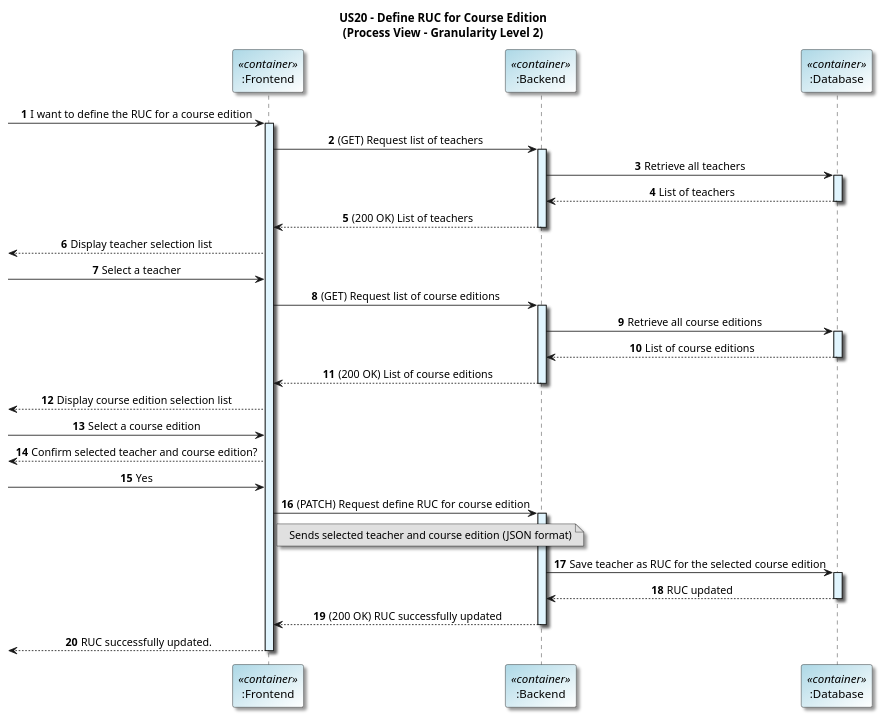
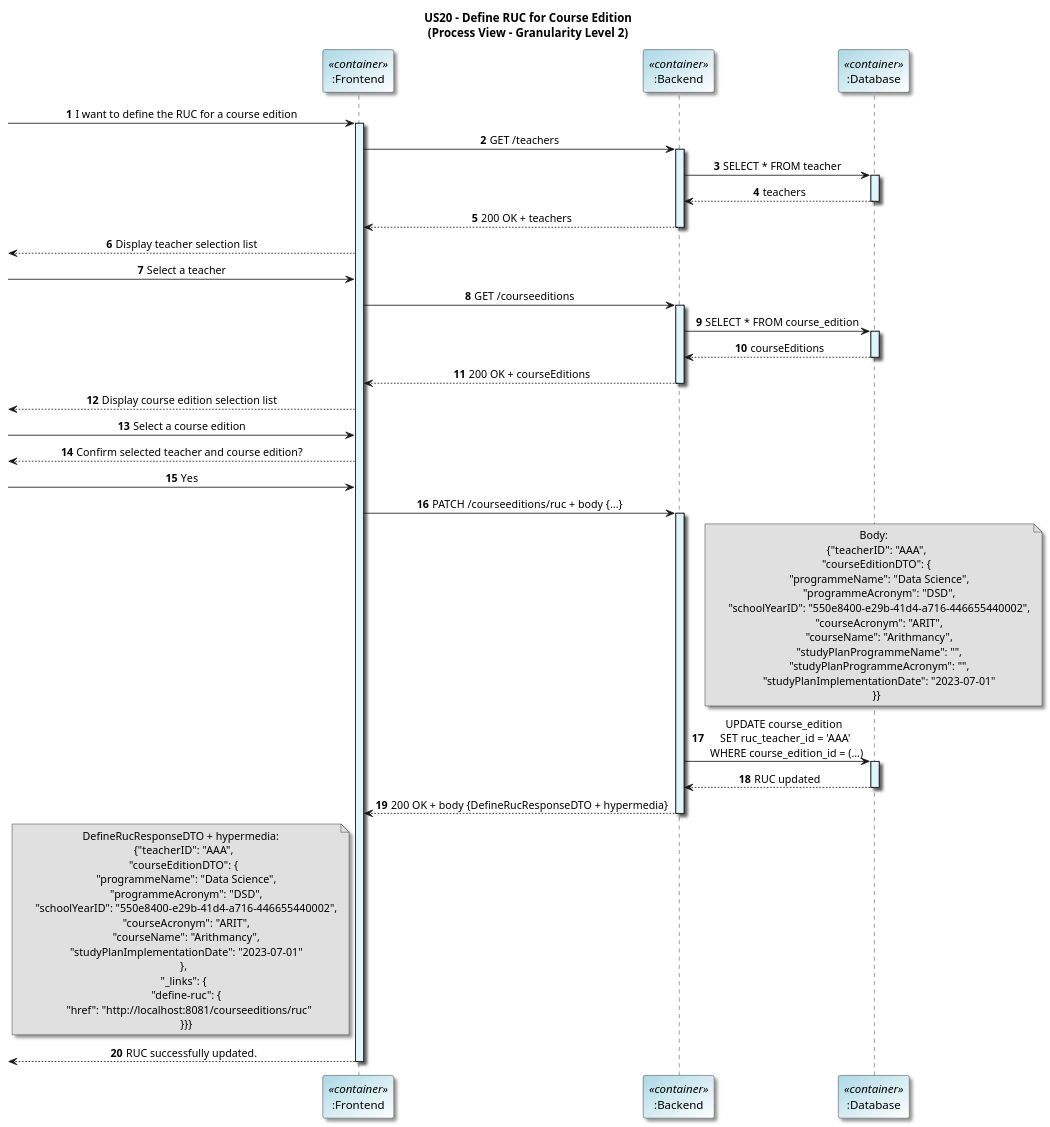
One commit to GasparISEP/DevOps-PAI changed the diagram in docs/US20/sprint6_RestAPI/processView/DefineRUCForACourseEdition_Level2Granularity.puml. Above: the diagram before and after it, drawn with PlantUML.

Commit message:
Refs #648: Refactor L2 process view diagram for Define RUC - improved message descriptions with HTTP methods and status codes

```diff
--- a/docs/US20/sprint6_RestAPI/processView/DefineRUCForACourseEdition_Level2Granularity.puml
+++ b/docs/US20/sprint6_RestAPI/processView/DefineRUCForACourseEdition_Level2Granularity.puml
@@ -1,69 +1,99 @@
 @startuml
 title US20 – Define RUC for Course Edition\n(Process View – Granularity Level 2)
 
 skinparam titleFontName "Verdana"
 skinparam defaultFontName "Verdana"
 skinparam defaultTextAlignment center
 skinparam shadowing true
 skinparam actorBackgroundColor #lightblue
 skinparam participantBackgroundColor #lightblue/white
 
 autonumber
 
 participant ":Frontend" as Frontend <<container>>
 participant ":Backend" as Backend <<container>>
 participant ":Database" as DB <<container>>
 
 -> Frontend: I want to define the RUC for a course edition
 activate Frontend #E1F5FE
 
 ' --- Select teachers ---
-Frontend -> Backend: (GET) Request list of teachers
+Frontend -> Backend: GET /teachers
 activate Backend #E1F5FE
-Backend -> DB: Retrieve all teachers
+Backend -> DB: SELECT * FROM teacher
 activate DB #E1F5FE
-DB --> Backend: List of teachers
+DB --> Backend: teachers
 deactivate DB
-Backend --> Frontend: (200 OK) List of teachers
+Backend --> Frontend: 200 OK + teachers
 deactivate Backend
 <-- Frontend : Display teacher selection list
 
 -> Frontend: Select a teacher
 
 ' --- Select course edition ---
-Frontend -> Backend: (GET) Request list of course editions
+Frontend -> Backend: GET /courseeditions
 activate Backend #E1F5FE
-Backend -> DB: Retrieve all course editions
+Backend -> DB: SELECT * FROM course_edition
 activate DB #E1F5FE
-DB --> Backend: List of course editions
+DB --> Backend: courseEditions
 deactivate DB
-Backend --> Frontend: (200 OK) List of course editions
+Backend --> Frontend: 200 OK + courseEditions
 deactivate Backend
 <-- Frontend: Display course edition selection list
 
 -> Frontend: Select a course edition
 
 ' --- Confirm selection ---
 <-- Frontend: Confirm selected teacher and course edition?
 
 -> Frontend: Yes
 
 ' --- Define RUC ---
-Frontend -> Backend: (PATCH) Request define RUC for course edition
-note right of Frontend #E0E0E0
-  Sends selected teacher and course edition (JSON format)
+Frontend -> Backend: PATCH /courseeditions/ruc + body {...}
+
+note over DB #E0E0E0
+  Body:
+    {"teacherID": "AAA",
+    "courseEditionDTO": {
+      "programmeName": "Data Science",
+      "programmeAcronym": "DSD",
+      "schoolYearID": "550e8400-e29b-41d4-a716-446655440002",
+      "courseAcronym": "ARIT",
+      "courseName": "Arithmancy",
+      "studyPlanProgrammeName": "",
+      "studyPlanProgrammeAcronym": "",
+      "studyPlanImplementationDate": "2023-07-01"
+    }}
 end note
+
 activate Backend #E1F5FE
 
-Backend -> DB: Save teacher as RUC for the selected course edition
+Backend -> DB: UPDATE course_edition \n SET ruc_teacher_id = 'AAA' \n WHERE course_edition_id = (...)
 activate DB #E1F5FE
 DB --> Backend: RUC updated
 deactivate DB
 
-Backend --> Frontend: (200 OK) RUC successfully updated
+Backend --> Frontend: 200 OK + body {DefineRucResponseDTO + hypermedia}
+
+note left of Frontend #E0E0E0
+  DefineRucResponseDTO + hypermedia:
+    {"teacherID": "AAA",
+    "courseEditionDTO": {
+      "programmeName": "Data Science",
+      "programmeAcronym": "DSD",
+      "schoolYearID": "550e8400-e29b-41d4-a716-446655440002",
+      "courseAcronym": "ARIT",
+      "courseName": "Arithmancy",
+      "studyPlanImplementationDate": "2023-07-01"
+    },
+    "_links": {
+      "define-ruc": {
+        "href": "http://localhost:8081/courseeditions/ruc"
+      }}}
+end note
 deactivate Backend
 
 <-- Frontend: RUC successfully updated.
 deactivate Frontend
 
 @enduml
```
